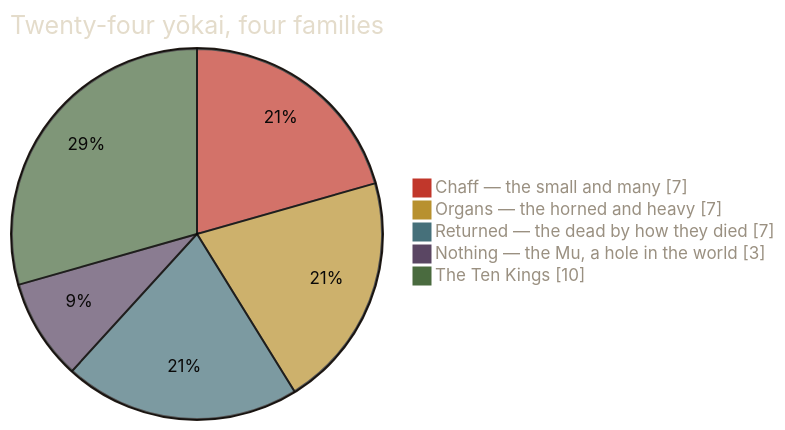
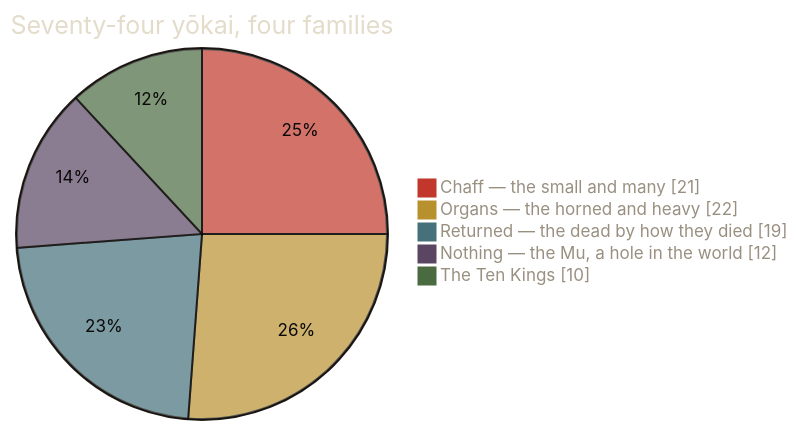
One commit to SenseiIssei/HYAKKI changed the first of 2 diagrams in README.md. Above: the diagram before and after it, drawn with Mermaid. The commit also changed other lines of this file and 1 other file, not shown here.

Commit message:
docs: refresh bestiary poster (all 74) + README counts; close roadmap P6
Every new species already carries its Register lore in English, per the
standing i18n scope decision — biome names never surface in navigable UI
(only region.id drives ambience/music), so no new UI strings need
translating. Regenerated the bestiary showcase from the real build()
functions to show all 74 yokai, and updated the by-the-numbers (74 species,
12 biomes each with its own mode of music).

````diff
--- a/README.md
+++ b/README.md
@@ -83,10 +83,10 @@
 ```mermaid
 %%{init: {'theme':'base','themeVariables':{'pie1':'#c1372b','pie2':'#b8912f','pie3':'#46707a','pie4':'#5a4663','pie5':'#4a6b3f','pieStrokeColor':'#0a0908','pieOuterStrokeColor':'#251e19','pieTitleTextColor':'#e4dccb','pieSectionTextColor':'#0a0908','pieLegendTextColor':'#9a9081'}}}%%
 pie showData
-    title Twenty-four yōkai, four families
-    "Chaff — the small and many" : 7
-    "Organs — the horned and heavy" : 7
-    "Returned — the dead by how they died" : 7
-    "Nothing — the Mu, a hole in the world" : 3
+    title Seventy-four yōkai, four families
+    "Chaff — the small and many" : 21
+    "Organs — the horned and heavy" : 22
+    "Returned — the dead by how they died" : 19
+    "Nothing — the Mu, a hole in the world" : 12
     "The Ten Kings" : 10
 ```
````
